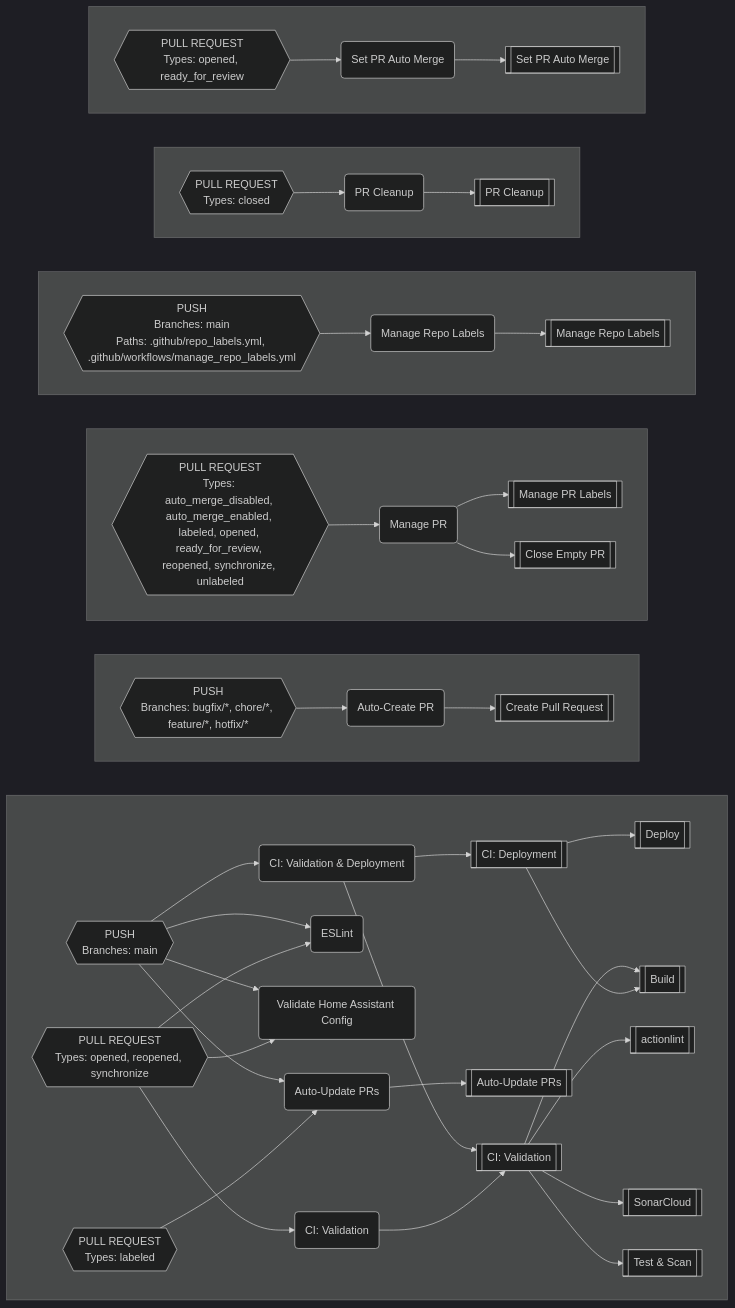
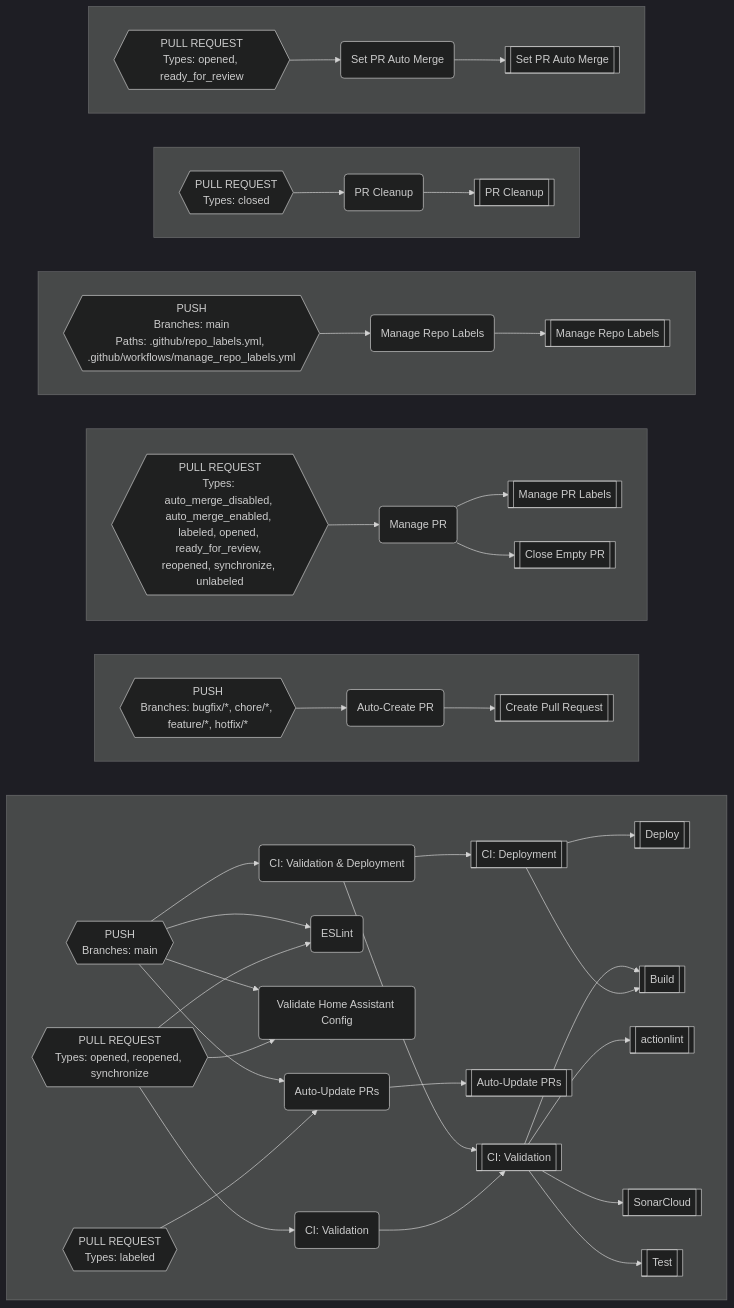
One commit to worgarside/github-config-files changed the diagram in README.md. Above: the diagram before and after it, drawn with Mermaid (dark theme). The commit also changed 2 other files, not shown here.

Commit message:
Rename Test (& Scan)

```diff
--- a/README.md
+++ b/README.md
@@ -430,7 +430,7 @@
 AY[["Set PR Auto Merge"]]
 A[["actionlint"]]
 BB[["SonarCloud"]]
-BE[["Test & Scan"]]
+BE[["Test"]]
 BH("Auto-Create PR")
 BI{{"PUSH
 Branches: bugfix/*, chore/*, feature/*, hotfix/*
```
